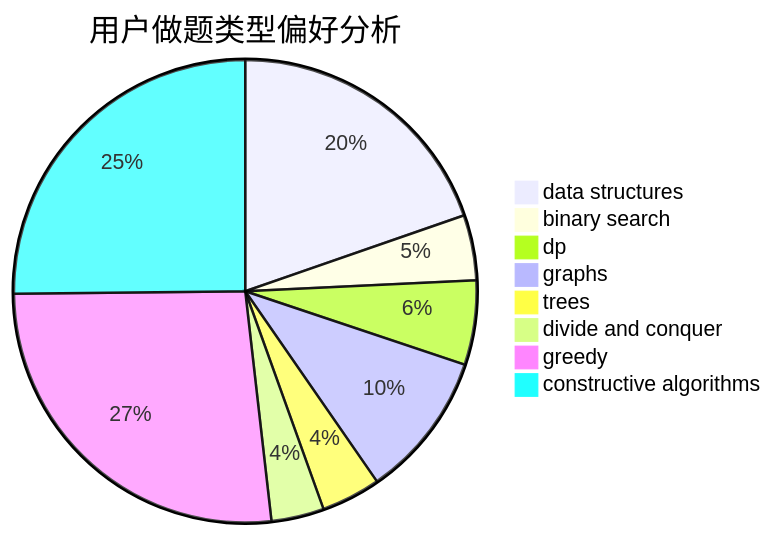
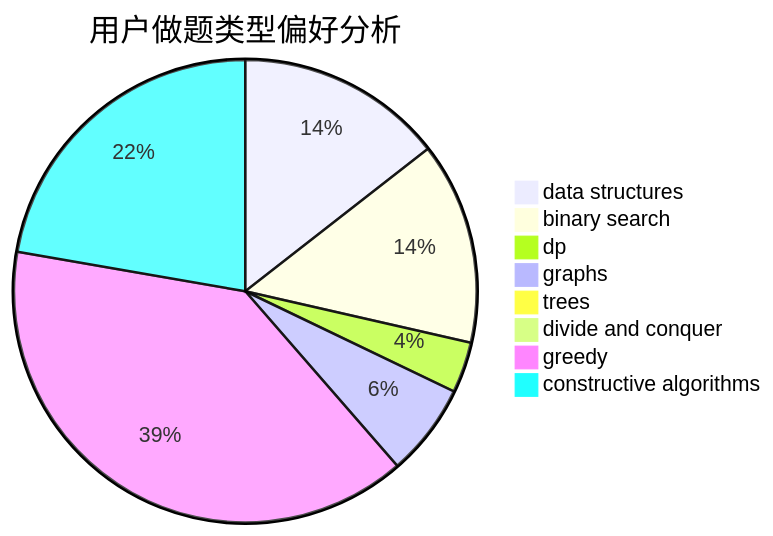
Before and after one commit to sherpahu/cfrs.github.io: the second of 3 diagrams in docs/user/u74.md, drawn with Mermaid. The commit also changed other lines of this file and 2770 other files, not shown here.

````diff
--- a/docs/user/u74.md
+++ b/docs/user/u74.md
@@ -23,11 +23,11 @@
 ```mermaid
 pie title 用户做题类型偏好分析
-    "data structures" :  337
-    "binary search" :  78
-    "dp" :  101
-    "graphs" :  175
-    "trees" :  71
-    "divide and conquer" :  63
-    "greedy" :  456
-    "constructive algorithms" :  431
+    "data structures" :  163
+    "binary search" :  159
+    "dp" :  40
+    "graphs" :  73
+    "trees" :  5
+    "divide and conquer" :  0
+    "greedy" :  441
+    "constructive algorithms" :  251
 ```
````
